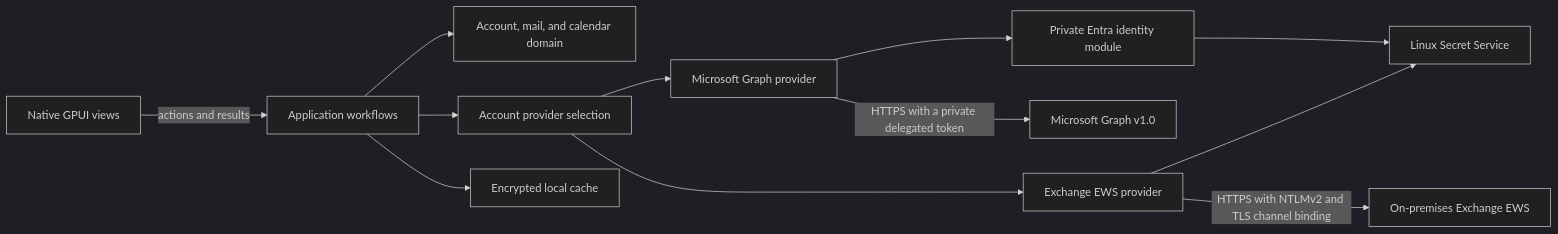
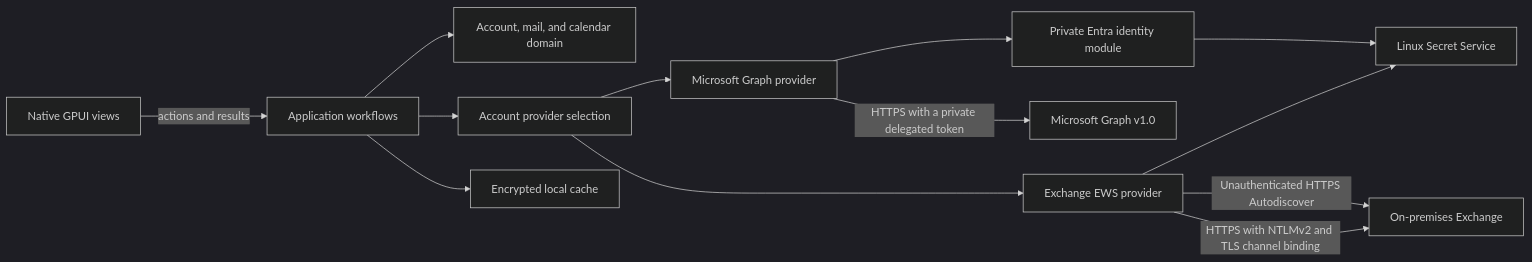
Before and after one commit to 1fach/einfach-mail: the diagram in docs/architecture/system.md, drawn with Mermaid (dark theme). The commit also changed other lines of this file and 23 other files, not shown here.

Commit message:
feat: add secure Exchange EWS Autodiscover

````diff
--- a/docs/architecture/system.md
+++ b/docs/architecture/system.md
@@ -7,14 +7,15 @@
 ```mermaid
 flowchart LR
     View[Native GPUI views] -->|actions and results| App[Application workflows]
     App --> Domain[Account, mail, and calendar domain]
     App --> Router[Account provider selection]
     Router --> Graph[Microsoft Graph provider]
     Router --> Ews[Exchange EWS provider]
     App --> Store[Encrypted local cache]
     Graph --> Identity[Private Entra identity module]
     Identity --> Vault[Linux Secret Service]
     Ews --> Vault
     Graph -->|HTTPS with a private delegated token| MS[Microsoft Graph v1.0]
-    Ews -->|HTTPS with NTLMv2 and TLS channel binding| Exchange[On-premises Exchange EWS]
+    Ews -->|Unauthenticated HTTPS Autodiscover| Exchange[On-premises Exchange]
+    Ews -->|HTTPS with NTLMv2 and TLS channel binding| Exchange
 ```
````
